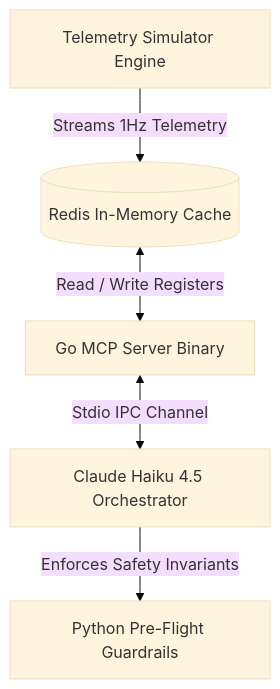
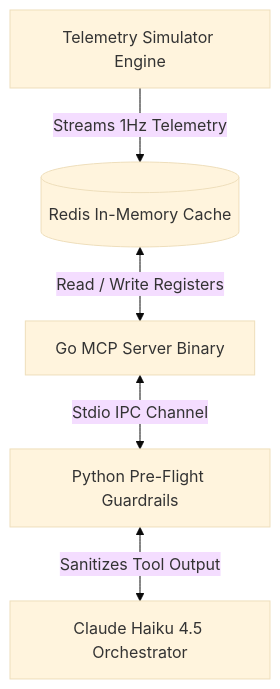
One commit to vipin-mo/Bounded_IoT_Fleet_Orchestration_Platform_MCP_Stack changed the diagram in README.md. Above: the diagram before and after it, drawn with Mermaid (base theme). The commit also changed 1 other file, not shown here.

Commit message:
docs: update readme graph and license copyright metadata

````diff
--- a/README.md
+++ b/README.md
@@ -13,7 +13,7 @@
 ```mermaid
 graph TD
     Sim[Telemetry Simulator Engine] -->|Streams 1Hz Telemetry| Redis[(Redis In-Memory Cache)]
     Redis <-->|Read / Write Registers| Go[Go MCP Server Binary]
-    Go <-->|Stdio IPC Channel| Claude[Claude Haiku 4.5 Orchestrator]
-    Claude -->|Enforces Safety Invariants| Guard[Python Pre-Flight Guardrails]
+    Go <-->|Stdio IPC Channel| Guard[Python Pre-Flight Guardrails]
+    Guard <-->|Sanitizes Tool Output| Claude[Claude Haiku 4.5 Orchestrator]
 ```
````
